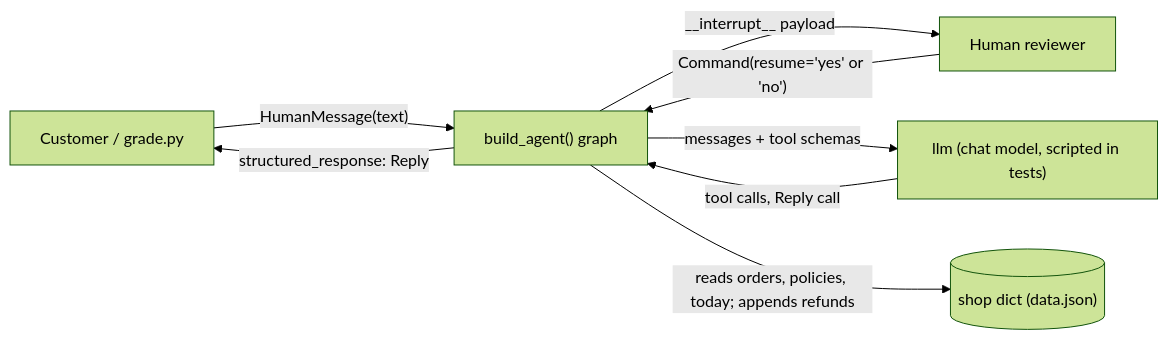
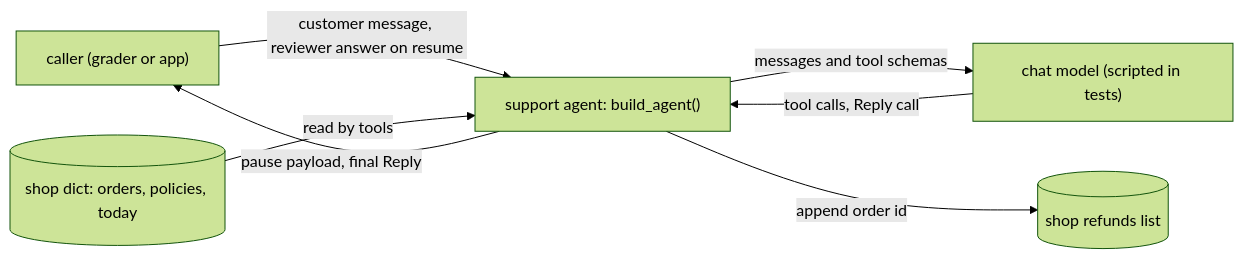
The first of 6 diagrams in practice/reference/sample-run/docs/MODEL.md (BrianMills2718/interview-kit), drawn with Mermaid (forest theme) before and after one commit. The commit also changed other lines of this file and 18 other files, not shown here.

First line of the commit message:
[Goal kit-v3-diagram-set] New practice sample with the agent-loop diagrams; kit fixes from its dry run

````diff
--- a/practice/reference/sample-run/docs/MODEL.md
+++ b/practice/reference/sample-run/docs/MODEL.md
@@ -12,10 +17,9 @@
 ```mermaid
 flowchart LR
-  Customer["Customer / grade.py"] -->|"HumanMessage(text)"| Agent["build_agent() graph"]
-  Reviewer["Human reviewer"] -->|"Command(resume='yes' or 'no')"| Agent
-  Agent -->|"__interrupt__ payload"| Reviewer
-  Agent -->|"messages + tool schemas"| LLM["llm (chat model, scripted in tests)"]
+  Caller["caller (grader or app)"] -->|"customer message, reviewer answer on resume"| Agent["support agent: build_agent()"]
+  Agent -->|"pause payload, final Reply"| Caller
+  Agent -->|"messages and tool schemas"| LLM["chat model (scripted in tests)"]
   LLM -->|"tool calls, Reply call"| Agent
-  Agent -->|"reads orders, policies, today; appends refunds"| Shop[("shop dict (data.json)")]
-  Agent -->|"structured_response: Reply"| Customer
+  Shop[("shop dict: orders, policies, today")] -->|"read by tools"| Agent
+  Agent -->|"append order id"| Refunds[("shop refunds list")]
 ```
````
